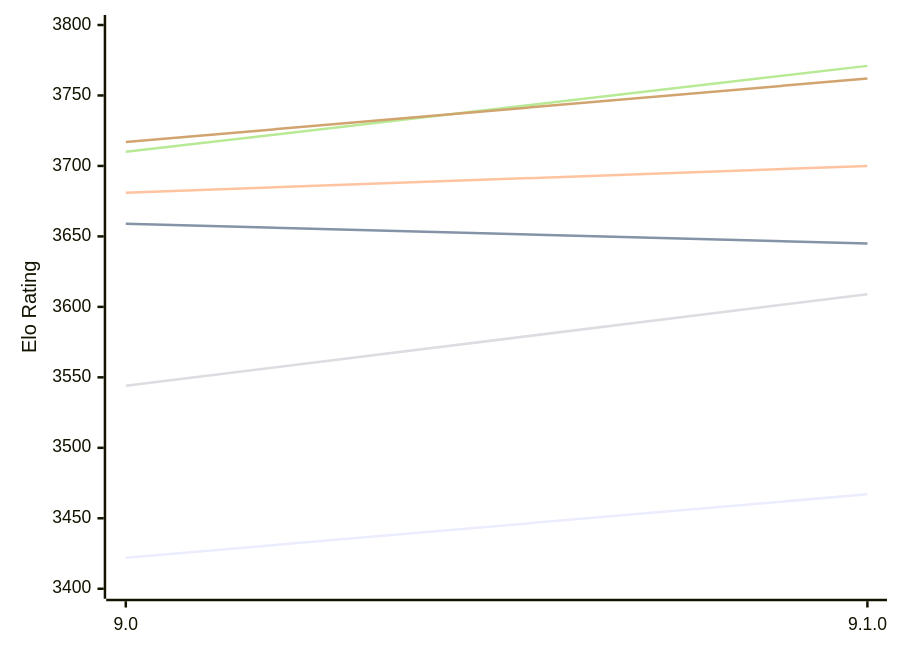
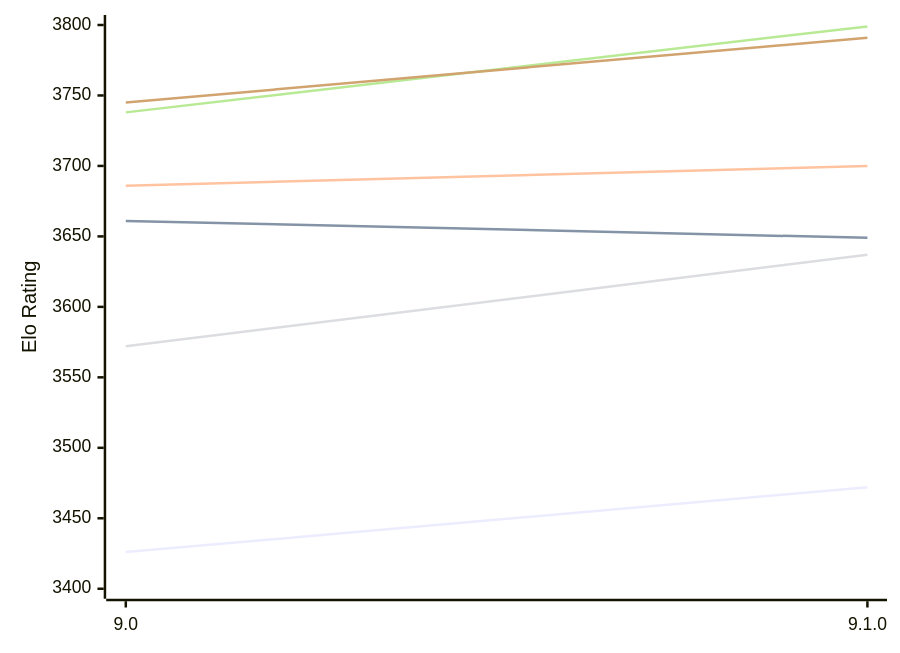
The first of 2 diagrams in engines/Alexandria.md (computer-chess-index/cci), drawn with Mermaid before and after one commit. The commit also changed other lines of this file, not shown here.

Commit message:
Update CCI Ratings (ELO VLTC) - 2026-10-21

````diff
--- a/engines/Alexandria.md
+++ b/engines/Alexandria.md
@@ -54,12 +54,12 @@
 ```mermaid
 %%{init: {"theme":"base","themeVariables":{"seriesColors:['#a3a3a3','#222221','#faa371']}}}%%
 xychart-beta
   x-axis ["9.0", "9.1.0"]
   y-axis "Elo Rating" 3400 --> 3800
-  line "E1: STC (8.0+0.08s)" [3422, 3467]
-  line "E1: LTC (60.0+0.60s)" [3659, 3645]
-  line "E1: VLTC (2m24s+1.12s)" [3681, 3700]
-  line "P1: STC (8.0+0.08s)" [3544, 3609]
-  line "P1: LTC (60.0+0.60s)" [3710, 3771]
-  line "P1: VLTC (2m24s+1.12s)" [3717, 3762]
+  line "E1: STC (8.0+0.08s)" [3426, 3472]
+  line "E1: LTC (60.0+0.60s)" [3661, 3649]
+  line "E1: VLTC (2m24s+1.12s)" [3686, 3700]
+  line "P1: STC (8.0+0.08s)" [3572, 3637]
+  line "P1: LTC (60.0+0.60s)" [3738, 3799]
+  line "P1: VLTC (2m24s+1.12s)" [3745, 3791]
 ```
````
